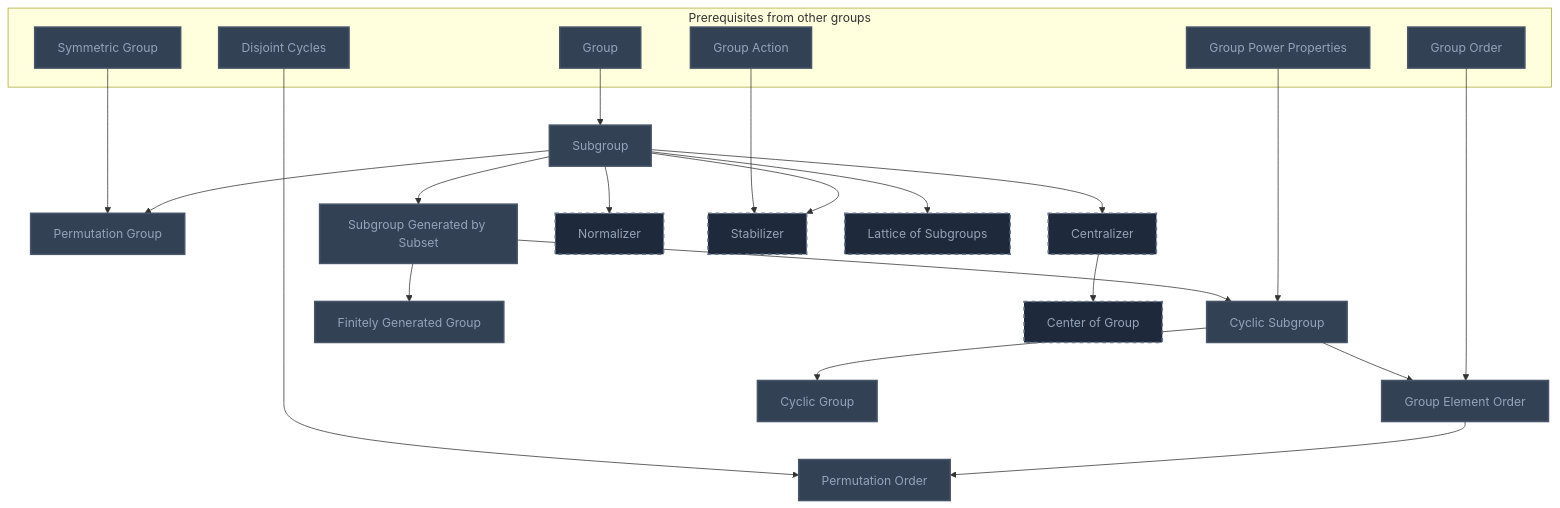
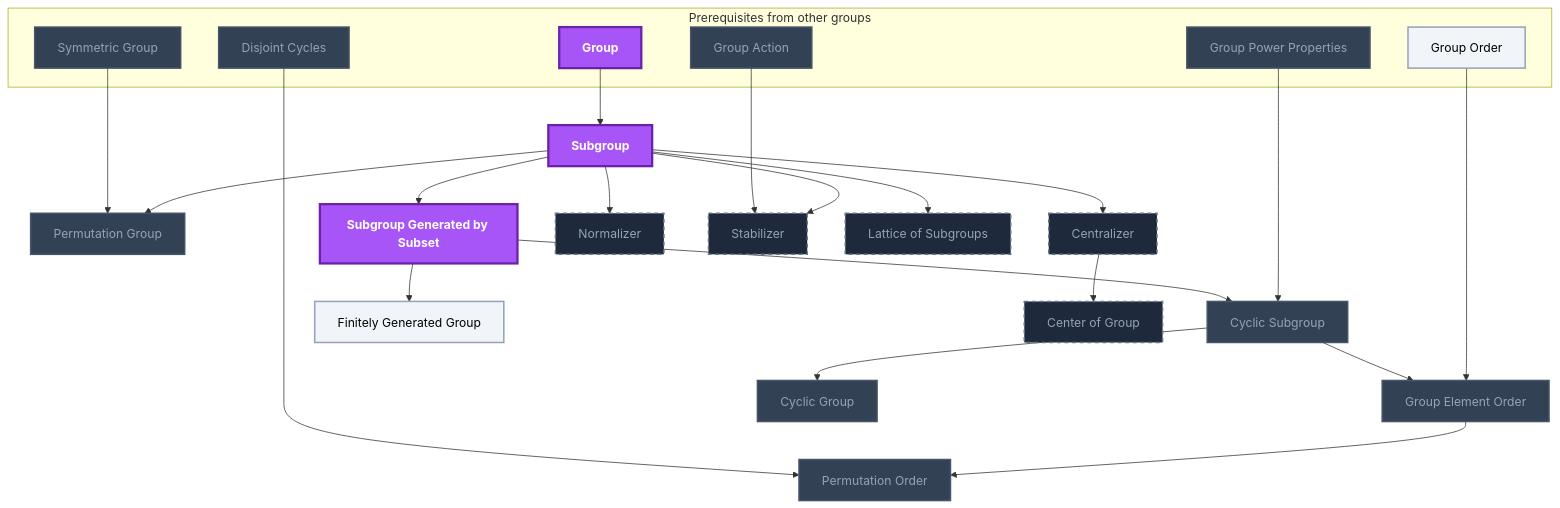
One commit to MRauf1/My-Notes changed the third of 20 diagrams in Gamification/Skill Trees/Abstract Algebra.md. Above: the diagram before and after it, drawn with Mermaid. The commit also changed other lines of this file and 57 other files, not shown here.

````diff
--- a/Gamification/Skill Trees/Abstract Algebra.md
+++ b/Gamification/Skill Trees/Abstract Algebra.md
@@ -269,54 +270,56 @@
 ```mermaid
 flowchart TD
     classDef planned fill:#1E293B,stroke:#64748B,stroke-width:2px,stroke-dasharray:5 5,color:#94A3B8;
     classDef locked fill:#334155,stroke:#475569,stroke-width:2px,color:#94A3B8;
     classDef L0 fill:#F1F5F9,stroke:#94A3B8,stroke-width:2px,color:#000000;
     classDef L1 fill:#22C55E,stroke:#15803D,stroke-width:2px,color:#000000;
     classDef L2 fill:#3B82F6,stroke:#1D4ED8,stroke-width:3px,color:#FFFFFF;
     classDef L3 fill:#A855F7,stroke:#6B21A8,stroke-width:3px,color:#FFFFFF,font-weight:bold;
     classDef L4 fill:#F97316,stroke:#C2410C,stroke-width:4px,color:#000000,font-weight:bold;
     classDef L5 fill:#FFD700,stroke:#FF8C00,stroke-width:5px,color:#000000,font-weight:bold;
     classDef rusty stroke:#8B4513,stroke-width:4px,stroke-dasharray:3 3;
     subgraph sg_prereqs["Prerequisites from other groups"]
         n_group["Group"]
         n_symmetric_group["Symmetric Group"]
         n_group_power_properties["Group Power Properties"]
         n_group_order["Group Order"]
         n_disjoint_cycles["Disjoint Cycles"]
         n_group_action["Group Action"]
     end
     n_subgroup["Subgroup"]
     n_permutation_group["Permutation Group"]
     n_subgroup_generated_by_subset["Subgroup Generated by Subset"]
     n_cyclic_subgroup["Cyclic Subgroup"]
     n_group_element_order["Group Element Order"]
     n_permutation_order["Permutation Order"]
     n_cyclic_group["Cyclic Group"]
     n_finitely_generated_group["Finitely Generated Group"]
     n_centralizer["Centralizer"]
     n_center_of_group["Center of Group"]
     n_normalizer["Normalizer"]
     n_stabilizer["Stabilizer"]
     n_lattice_of_subgroups["Lattice of Subgroups"]
     n_group --> n_subgroup
     n_symmetric_group --> n_permutation_group
     n_subgroup --> n_permutation_group
     n_subgroup --> n_subgroup_generated_by_subset
     n_subgroup_generated_by_subset --> n_cyclic_subgroup
     n_group_power_properties --> n_cyclic_subgroup
     n_cyclic_subgroup --> n_group_element_order
     n_group_order --> n_group_element_order
     n_disjoint_cycles --> n_permutation_order
     n_group_element_order --> n_permutation_order
     n_cyclic_subgroup --> n_cyclic_group
     n_subgroup_generated_by_subset --> n_finitely_generated_group
     n_subgroup --> n_centralizer
     n_centralizer --> n_center_of_group
     n_subgroup --> n_normalizer
     n_group_action --> n_stabilizer
     n_subgroup --> n_stabilizer
     n_subgroup --> n_lattice_of_subgroups
     class n_centralizer,n_center_of_group,n_normalizer,n_stabilizer,n_lattice_of_subgroups planned;
-    class n_group,n_symmetric_group,n_group_power_properties,n_group_order,n_disjoint_cycles,n_group_action,n_subgroup,n_permutation_group,n_subgroup_generated_by_subset,n_cyclic_subgroup,n_group_element_order,n_permutation_order,n_cyclic_group,n_finitely_generated_group locked;
+    class n_symmetric_group,n_group_power_properties,n_disjoint_cycles,n_group_action,n_permutation_group,n_cyclic_subgroup,n_group_element_order,n_permutation_order,n_cyclic_group locked;
+    class n_group_order,n_finitely_generated_group L0;
+    class n_group,n_subgroup,n_subgroup_generated_by_subset L3;
     class n_group,n_symmetric_group,n_group_power_properties,n_group_order,n_disjoint_cycles,n_group_action,n_subgroup,n_permutation_group,n_subgroup_generated_by_subset,n_cyclic_subgroup,n_group_element_order,n_permutation_order,n_cyclic_group,n_finitely_generated_group internal-link;
 ```
````
